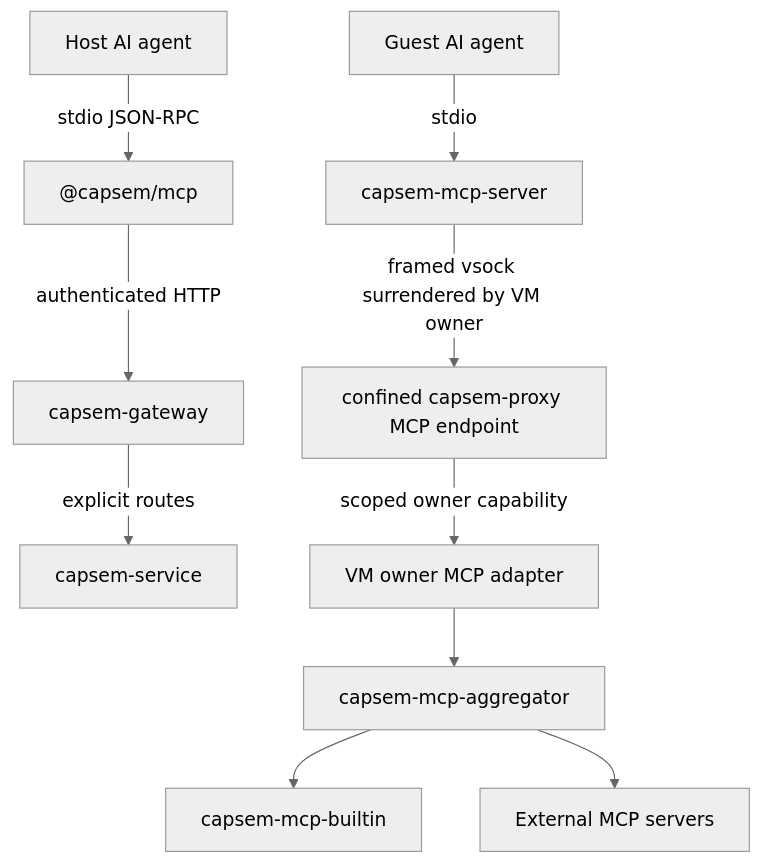
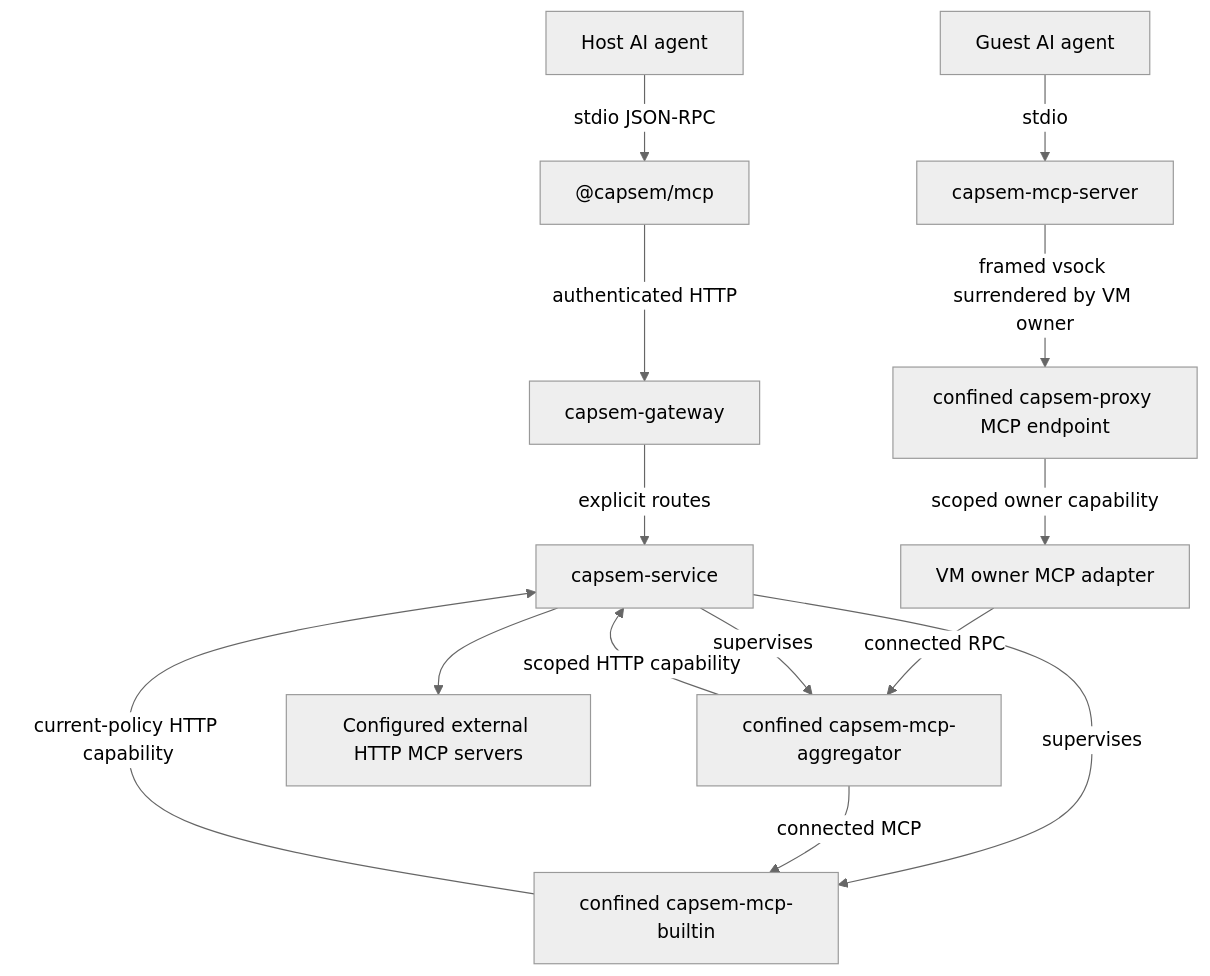
One commit to google/capsem changed the first of 4 diagrams in web/docs/src/content/docs/architecture/mcp-gateway.md. Above: the diagram before and after it, drawn with Mermaid (neutral theme). The commit also changed other lines of this file and 7 other files, not shown here.

Commit message:
docs(mcp): describe service-owned confined native workers

````diff
--- a/web/docs/src/content/docs/architecture/mcp-gateway.md
+++ b/web/docs/src/content/docs/architecture/mcp-gateway.md
@@ -15,13 +15,17 @@
 ```mermaid
 graph TB
     AGENT["Host AI agent"] -->|stdio JSON-RPC| HOST["@capsem/mcp"]
     HOST -->|authenticated HTTP| GATEWAY["capsem-gateway"]
     GATEWAY -->|explicit routes| SERVICE["capsem-service"]
 
     GUEST_AGENT["Guest AI agent"] -->|stdio| RELAY["capsem-mcp-server"]
     RELAY -->|"framed vsock surrendered by VM owner"| ENDPOINT["confined capsem-proxy MCP endpoint"]
     ENDPOINT -->|"scoped owner capability"| OWNER["VM owner MCP adapter"]
-    OWNER --> AGG["capsem-mcp-aggregator"]
-    AGG --> BUILTIN["capsem-mcp-builtin"]
-    AGG --> EXTERNAL["External MCP servers"]
+    OWNER -->|"connected RPC"| AGG["confined capsem-mcp-aggregator"]
+    SERVICE -->|"supervises"| AGG
+    SERVICE -->|"supervises"| BUILTIN["confined capsem-mcp-builtin"]
+    AGG -->|"connected MCP"| BUILTIN
+    AGG -->|"scoped HTTP capability"| SERVICE
+    BUILTIN -->|"current-policy HTTP capability"| SERVICE
+    SERVICE --> EXTERNAL["Configured external HTTP MCP servers"]
 ```
````
